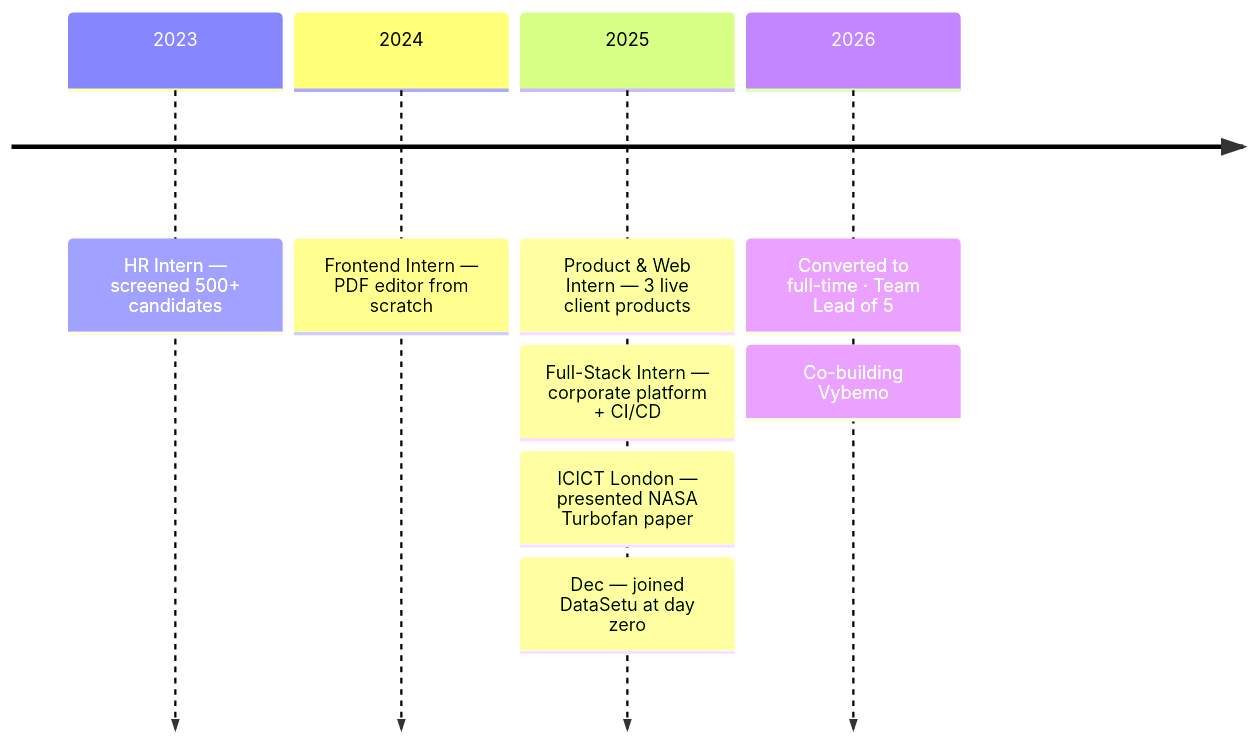
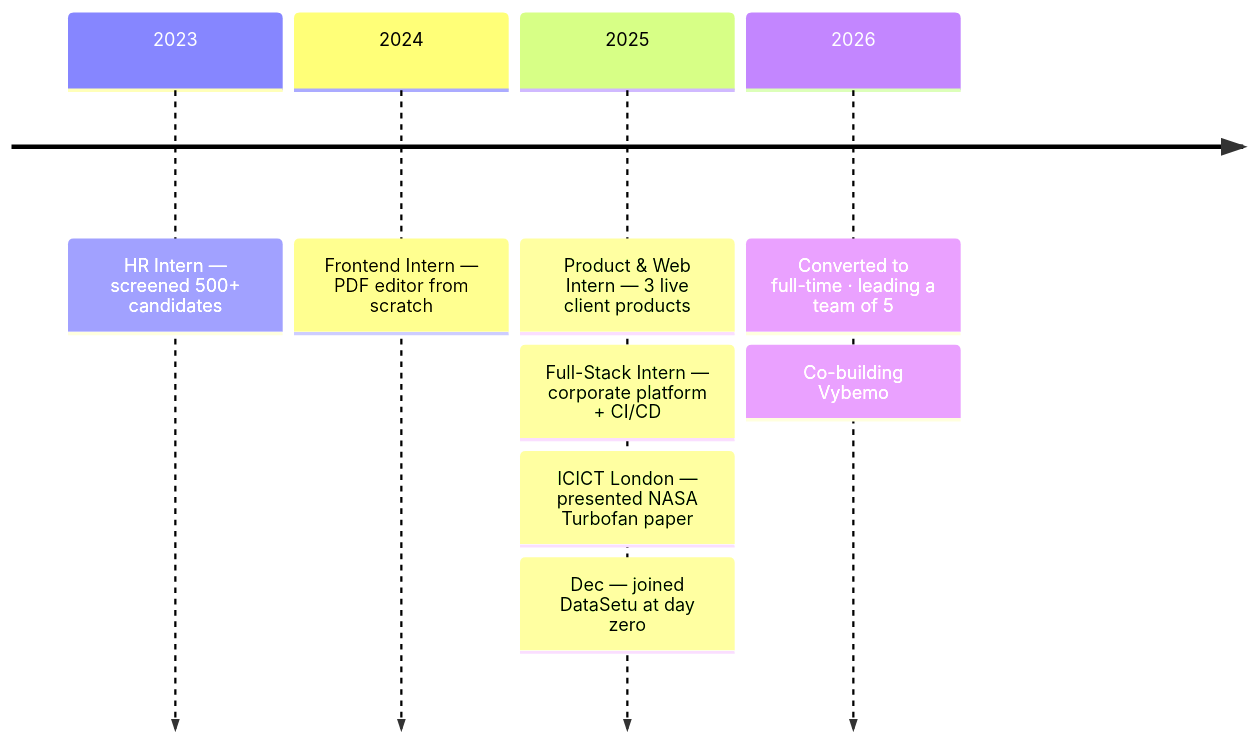
One commit to krishmodi0202/krishmodi0202 changed the diagram in README.md. Above: the diagram before and after it, drawn with Mermaid. The commit also changed other lines of this file, not shown here.

Commit message:
Reword title: Software Engineer, leading a 5-engineer team

````diff
--- a/README.md
+++ b/README.md
@@ -126,11 +126,11 @@
 ```mermaid
 timeline
     2023 : HR Intern — screened 500+ candidates
     2024 : Frontend Intern — PDF editor from scratch
     2025 : Product & Web Intern — 3 live client products
          : Full-Stack Intern — corporate platform + CI/CD
          : ICICT London — presented NASA Turbofan paper
          : Dec — joined DataSetu at day zero
-    2026 : Converted to full-time · Team Lead of 5
+    2026 : Converted to full-time · leading a team of 5
          : Co-building Vybemo
 ```
````
